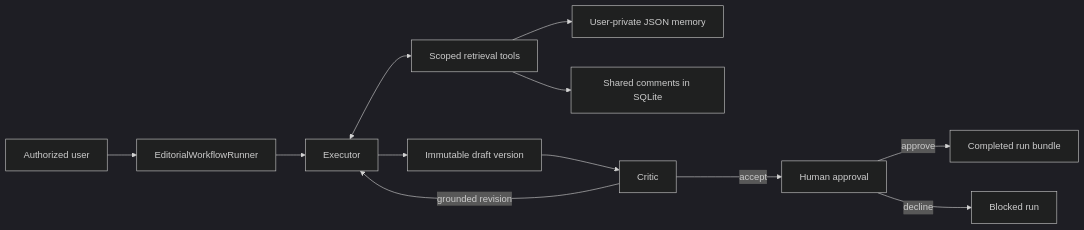
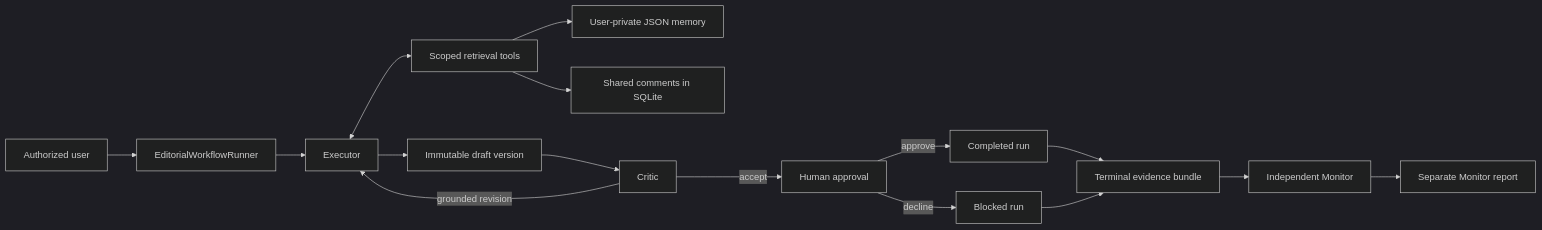
One commit to camomilesson/Editorial-Team-Agentic-AI-System changed the diagram in README.md. Above: the diagram before and after it, drawn with Mermaid (dark theme). The commit also changed other lines of this file, not shown here.

````diff
--- a/README.md
+++ b/README.md
@@ -19,14 +22,18 @@
 ```mermaid
 flowchart LR
     U["Authorized user"] --> O["EditorialWorkflowRunner"]
     O --> E["Executor"]
     E <--> T["Scoped retrieval tools"]
     T --> M["User-private JSON memory"]
     T --> C["Shared comments in SQLite"]
     E --> V["Immutable draft version"]
     V --> K["Critic"]
     K -->|grounded revision| E
     K -->|accept| A["Human approval"]
-    A -->|approve| D["Completed run bundle"]
+    A -->|approve| D["Completed run"]
     A -->|decline| B["Blocked run"]
+    D --> X["Terminal evidence bundle"]
+    B --> X
+    X --> I["Independent Monitor"]
+    I --> R["Separate Monitor report"]
 ```
````
